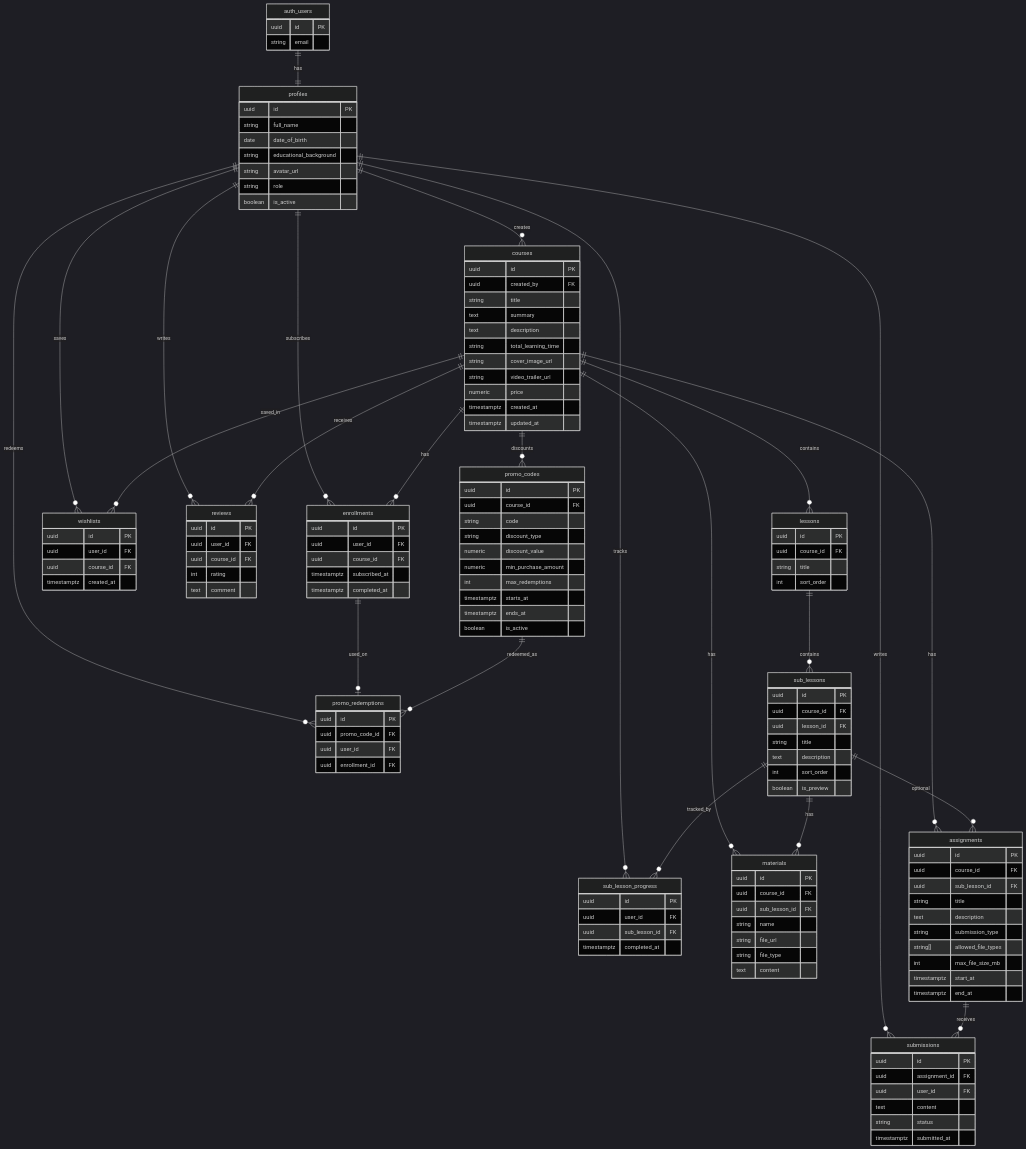
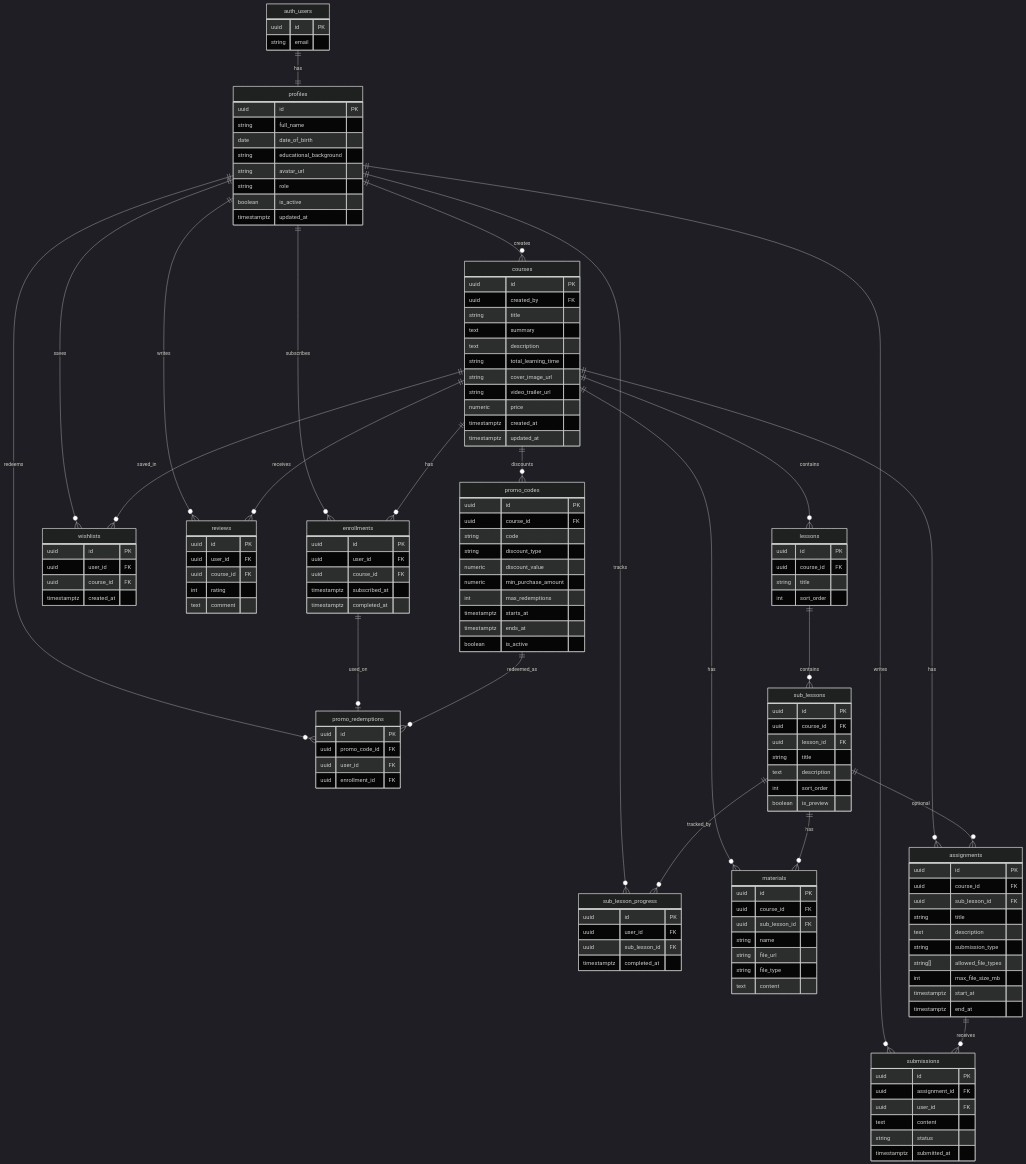
The diagram in docs/erd.md (Anthony-FS/courseflow), drawn with Mermaid (dark theme) before and after one commit. The commit also changed 4 other files, not shown here.

```diff
--- a/docs/erd.md
+++ b/docs/erd.md
@@ -48,6 +48,7 @@
     string avatar_url
     string role
     boolean is_active
+    timestamptz updated_at
   }
 
   courses {
```
